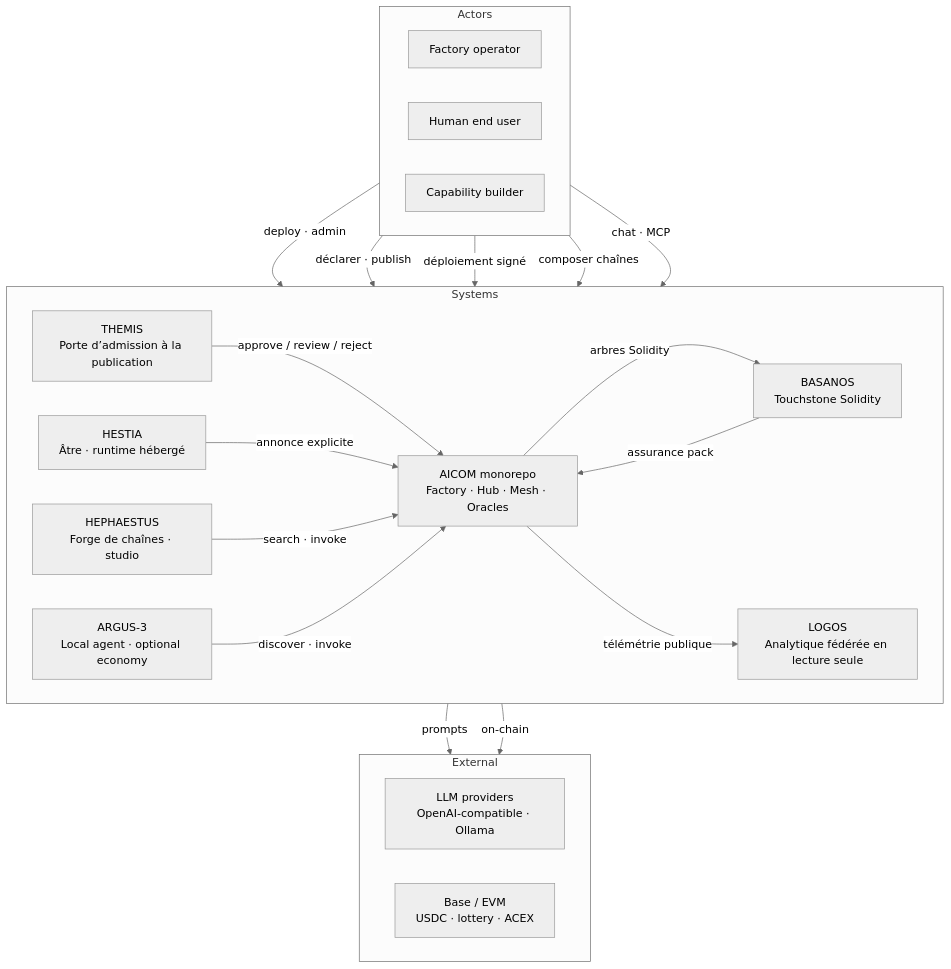
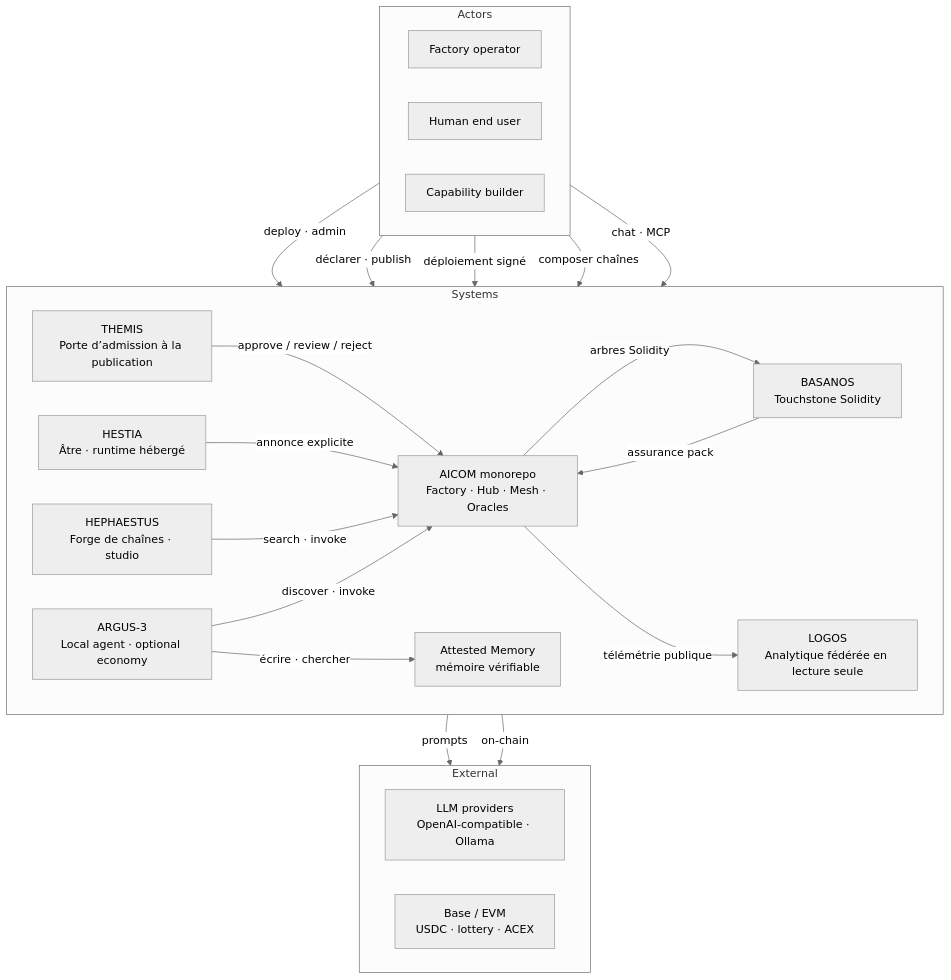
One commit to alexar76/aicom changed the second of 5 diagrams in docs/ecosystem/whitepaper/fr.md. Above: the diagram before and after it, drawn with Mermaid (neutral theme). The commit also changed other lines of this file and 99 other files, not shown here.

````diff
--- a/docs/ecosystem/whitepaper/fr.md
+++ b/docs/ecosystem/whitepaper/fr.md
@@ -144,41 +147,43 @@
 ```mermaid
 flowchart TB
   subgraph actors["Actors"]
     direction LR
     operator["Factory operator"]
     enduser["Human end user"]
     builder["Capability builder"]
   end
 
   subgraph systems["Systems"]
     direction LR
     aicom["AICOM monorepo<br/>Factory · Hub · Mesh · Oracles"]
     themis["THEMIS<br/>Porte d’admission à la publication"]
     hestia["HESTIA<br/>Âtre · runtime hébergé"]
     basanos["BASANOS<br/>Touchstone Solidity"]
     hephaestus["HEPHAESTUS<br/>Forge de chaînes · studio"]
     logos["LOGOS<br/>Analytique fédérée en lecture seule"]
     argus["ARGUS-3<br/>Local agent · optional economy"]
+    memory["Attested Memory<br/>mémoire vérifiable"]
   end
 
   subgraph external["External"]
     direction LR
     llm["LLM providers<br/>OpenAI-compatible · Ollama"]
     chain["Base / EVM<br/>USDC · lottery · ACEX"]
   end
 
   operator -->|deploy · admin| aicom
   builder -->|déclarer · publish| themis
   themis -->|"approve / review / reject"| aicom
   builder -->|déploiement signé| hestia
   hestia -->|annonce explicite| aicom
   enduser -->|composer chaînes| hephaestus
   hephaestus -->|search · invoke| aicom
   aicom -->|arbres Solidity| basanos
   basanos -->|assurance pack| aicom
   enduser -->|chat · MCP| argus
   argus -->|discover · invoke| aicom
+  argus -->|écrire · chercher| memory
   aicom -->|télémétrie publique| logos
   aicom -->|prompts| llm
   aicom -->|on-chain| chain
 ```
````
